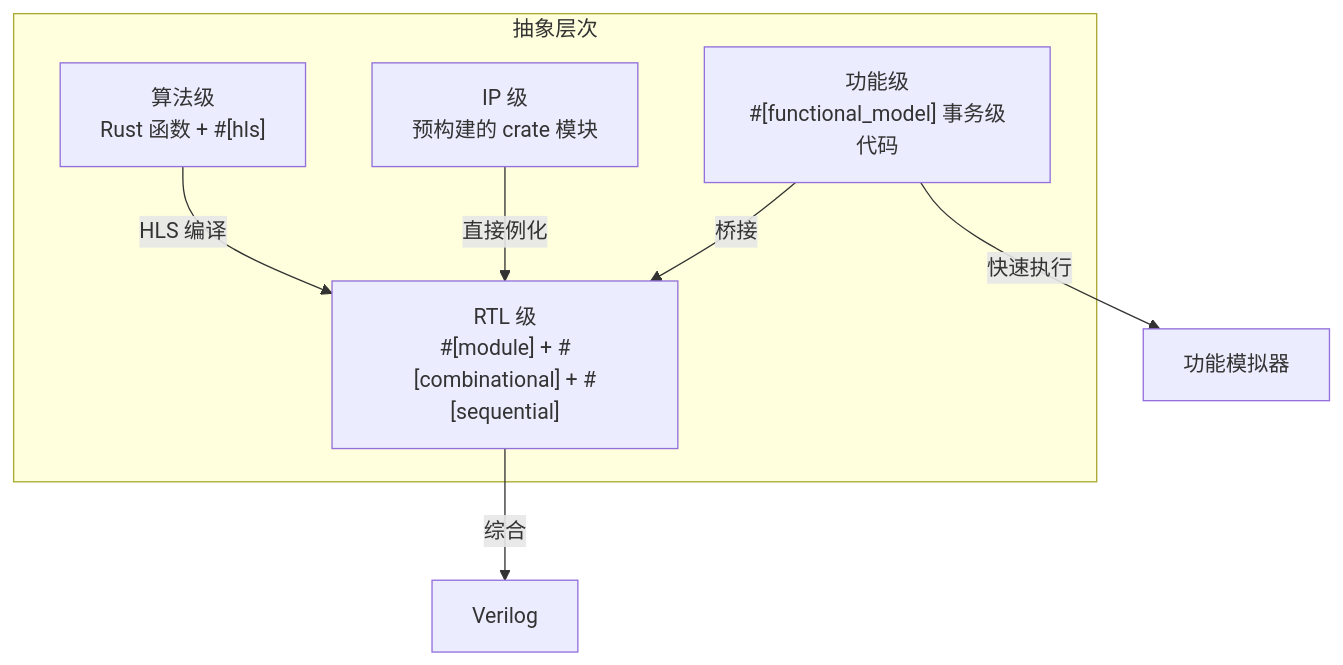
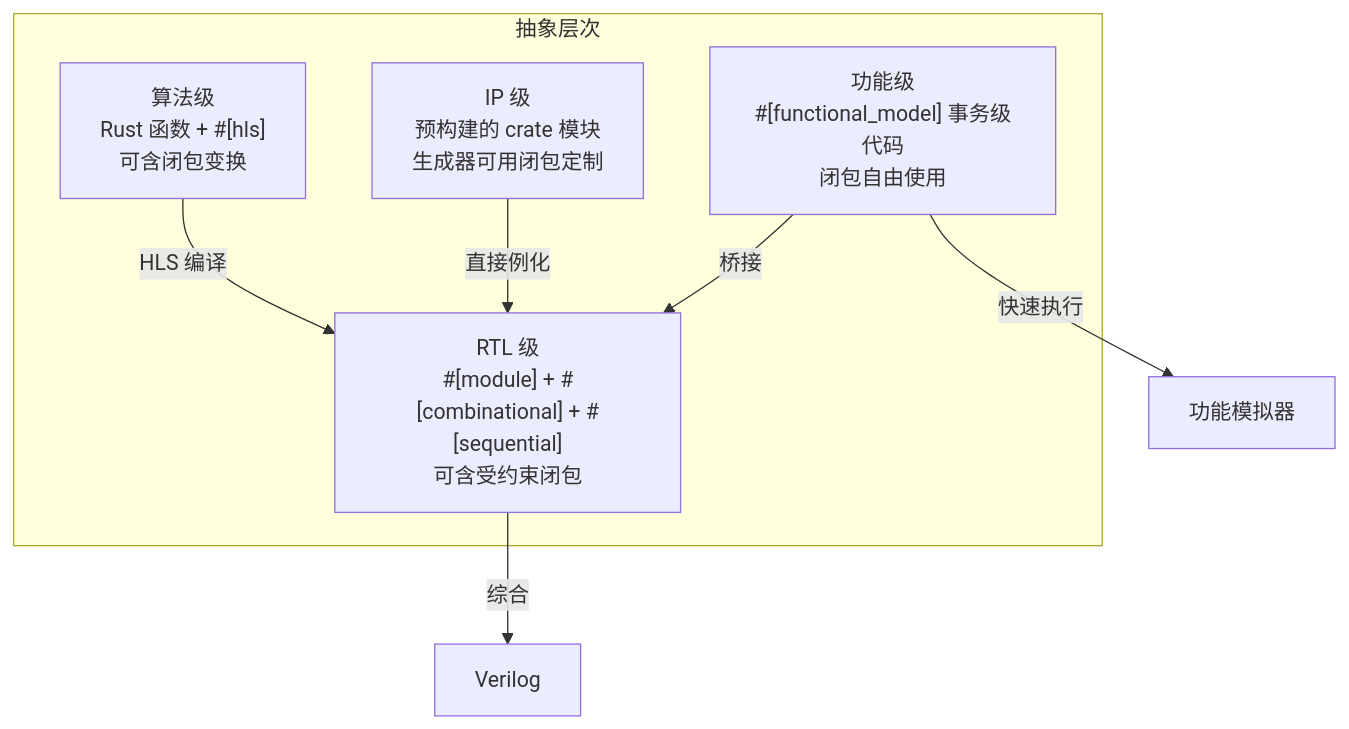
The eighth of 13 diagrams in docs/requirements/3. 核心设计原则.md (TangCan/bitloom), drawn with Mermaid before and after one commit. The commit also changed other lines of this file and 17 other files, not shown here.

````diff
--- a/docs/requirements/3. 核心设计原则.md
+++ b/docs/requirements/3. 核心设计原则.md
@@ -268,16 +247,15 @@
 ```mermaid
 flowchart TB
     subgraph 抽象层次
-        L1["算法级<br>Rust 函数 + #[hls]"]
-        L2["RTL 级<br>#[module] + #[combinational] + #[sequential]"]
-        L3[IP 级<br>预构建的 crate 模块]
-        L4["功能级<br>#[functional_model] 事务级代码"]
+        L1["算法级<br>Rust 函数 + #[hls]<br>可含闭包变换"]
+        L2["RTL 级<br>#[module] + #[combinational] + #[sequential]<br>可含受约束闭包"]
+        L3[IP 级<br>预构建的 crate 模块<br>生成器可用闭包定制]
+        L4["功能级<br>#[functional_model] 事务级代码<br>闭包自由使用"]
     end
 
     L1 -->|HLS 编译| L2
     L3 -->|直接例化| L2
     L4 -->|桥接| L2
     L2 -->|综合| Verilog
     L4 -->|快速执行| 功能模拟器
-
 ```
````
